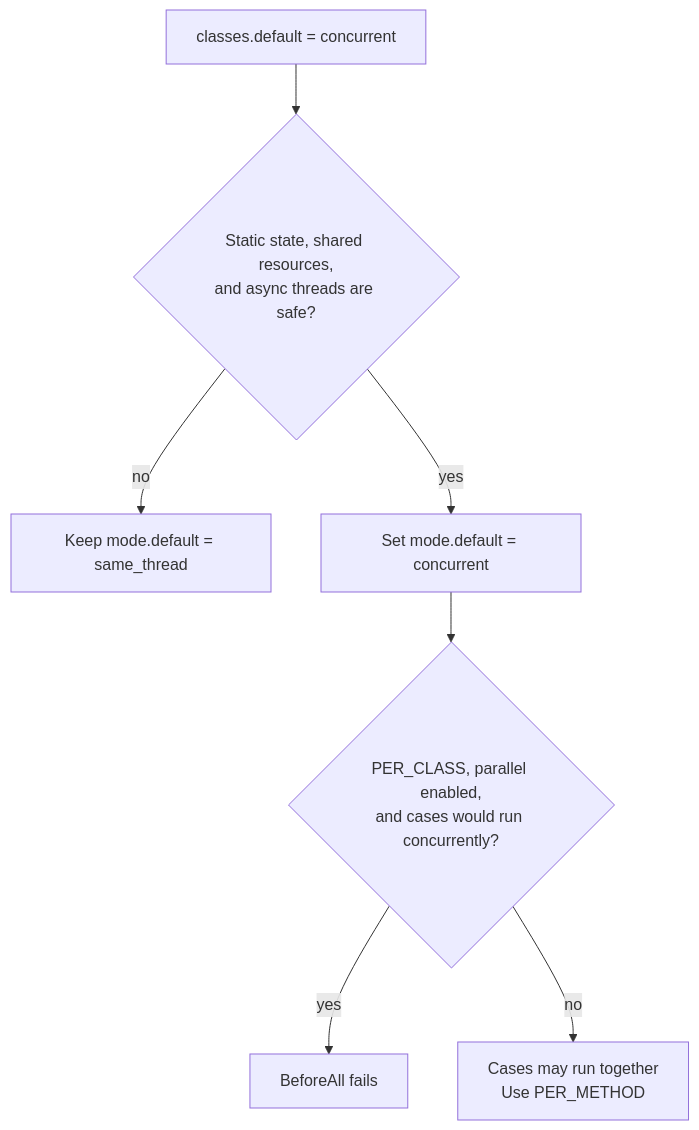
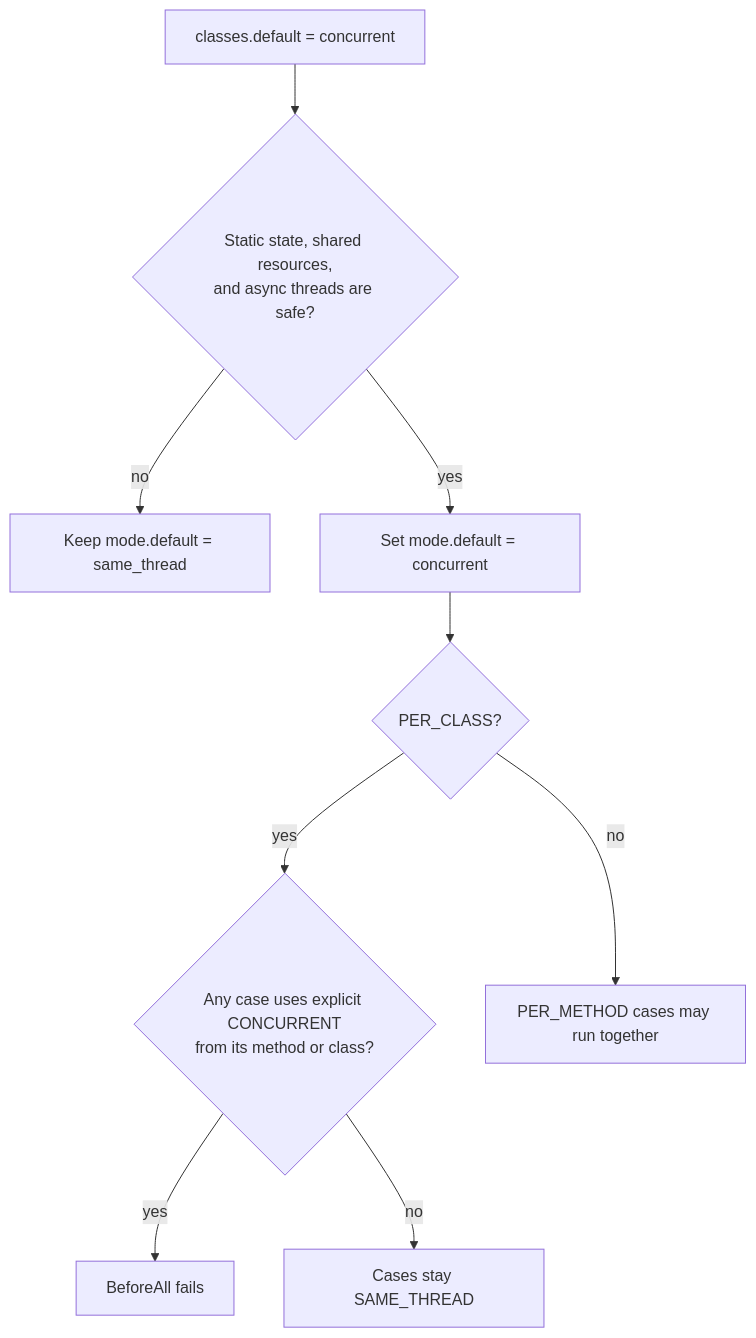
Before and after one commit to cyAquarius/just-test: the eighth of 8 diagrams in README.md, drawn with Mermaid. The commit also changed other lines of this file and 4 other files, not shown here.

Commit message:
fix: treat bare PER_CLASS as SAME_THREAD under concurrent defaults (#164)

````diff
--- a/README.md
+++ b/README.md
@@ -646,9 +646,11 @@
 ```mermaid
 flowchart TD
   on["classes.default = concurrent"] --> ask{"Static state, shared resources,<br>and async threads are safe?"}
   ask -->|no| seq["Keep mode.default = same_thread"]
   ask -->|yes| conc["Set mode.default = concurrent"]
-  conc --> per{"PER_CLASS, parallel enabled,<br>and cases would run concurrently?"}
-  per -->|yes| fail["BeforeAll fails"]
-  per -->|no| go["Cases may run together<br>Use PER_METHOD"]
+  conc --> per{"PER_CLASS?"}
+  per -->|yes| explicit{"Any case uses explicit CONCURRENT<br>from its method or class?"}
+  explicit -->|yes| fail["BeforeAll fails"]
+  explicit -->|no| same["Cases stay SAME_THREAD"]
+  per -->|no| go["PER_METHOD cases may run together"]
 ```
````
